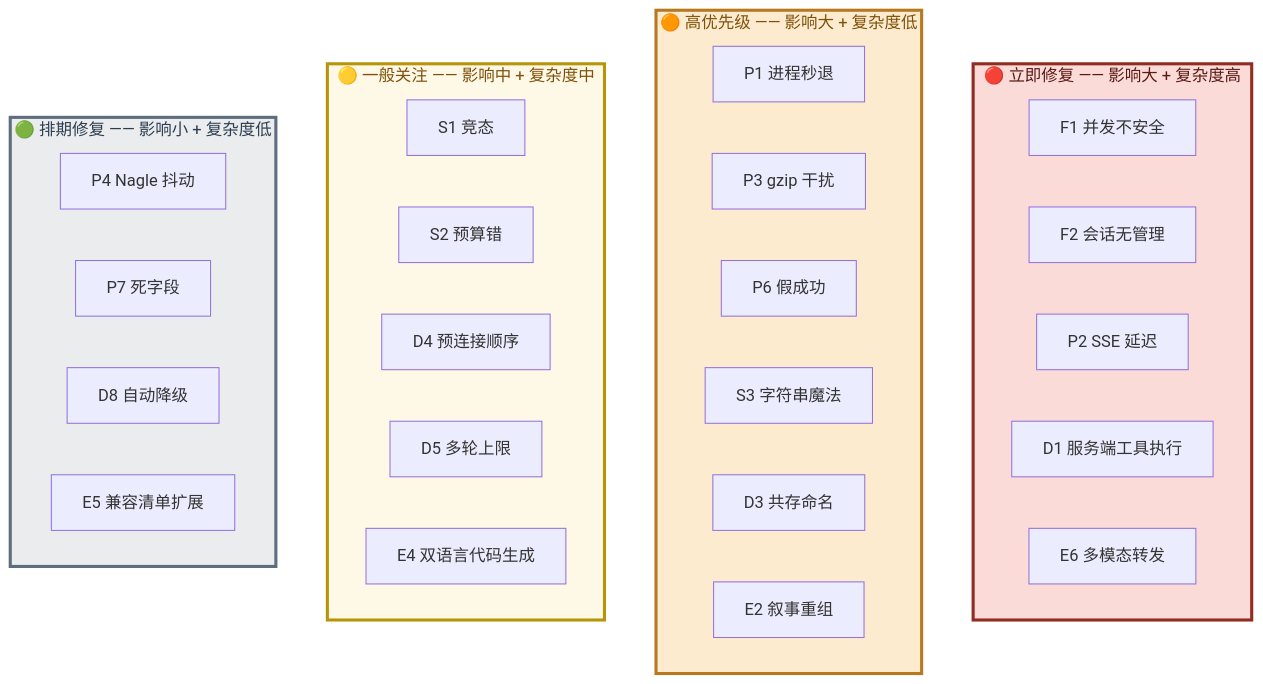
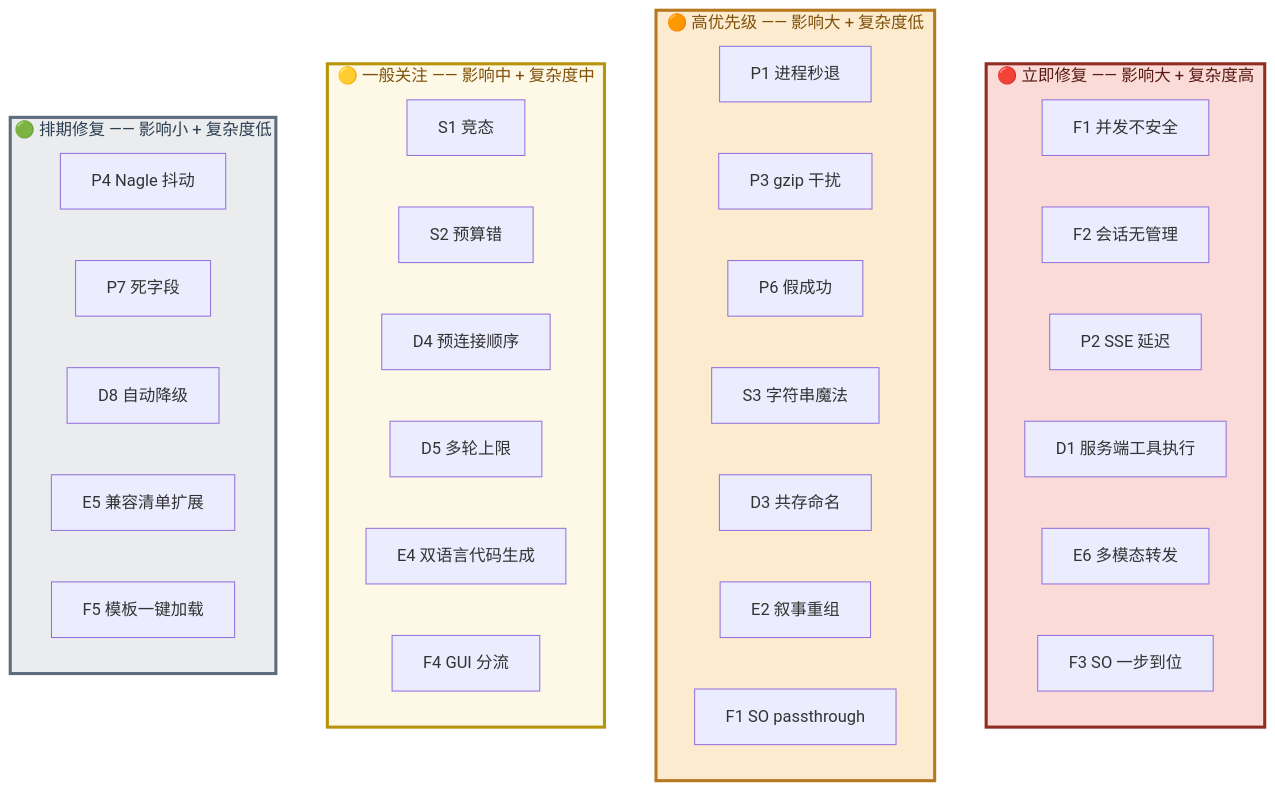
One commit to PassByYou888/LingoFuse-pasAgent-v3 changed the ninth of 14 diagrams in src/LingoFuse_LLM_Service_Work_Summary.md. Above: the diagram before and after it, drawn with Mermaid. The commit also changed other lines of this file, not shown here.

````diff
--- a/src/LingoFuse_LLM_Service_Work_Summary.md
+++ b/src/LingoFuse_LLM_Service_Work_Summary.md
@@ -513,43 +818,47 @@
 ```mermaid
 flowchart TB
     subgraph Q1["🔴 立即修复 —— 影响大 + 复杂度高"]
         direction LR
         F1["F1 并发不安全"]
         F2["F2 会话无管理"]
         P2["P2 SSE 延迟"]
         D1["D1 服务端工具执行"]
         E6["E6 多模态转发"]
+        F3["F3 SO 一步到位"]
     end
 
     subgraph Q2["🟠 高优先级 —— 影响大 + 复杂度低"]
         direction LR
         P1["P1 进程秒退"]
         P3["P3 gzip 干扰"]
         P6["P6 假成功"]
         S3["S3 字符串魔法"]
         D3["D3 共存命名"]
         E2["E2 叙事重组"]
+        F1b["F1 SO passthrough"]
     end
 
     subgraph Q3["🟡 一般关注 —— 影响中 + 复杂度中"]
         direction LR
         S1["S1 竞态"]
         S2["S2 预算错"]
         D4["D4 预连接顺序"]
         D5["D5 多轮上限"]
         E4["E4 双语言代码生成"]
+        F4["F4 GUI 分流"]
     end
 
     subgraph Q4["🟢 排期修复 —— 影响小 + 复杂度低"]
         direction LR
         P4["P4 Nagle 抖动"]
         P7["P7 死字段"]
         D8["D8 自动降级"]
         E5["E5 兼容清单扩展"]
+        F5["F5 模板一键加载"]
     end
 
     style Q1 fill:#FADBD8,stroke:#922B21,stroke-width:3px,color:#5A1A14
     style Q2 fill:#FDEBD0,stroke:#B7791F,stroke-width:3px,color:#7E5109
     style Q3 fill:#FEF9E7,stroke:#B7950B,stroke-width:3px,color:#7E5109
     style Q4 fill:#EAECEE,stroke:#5D6D7E,stroke-width:3px,color:#2C3E50
 ```
````
